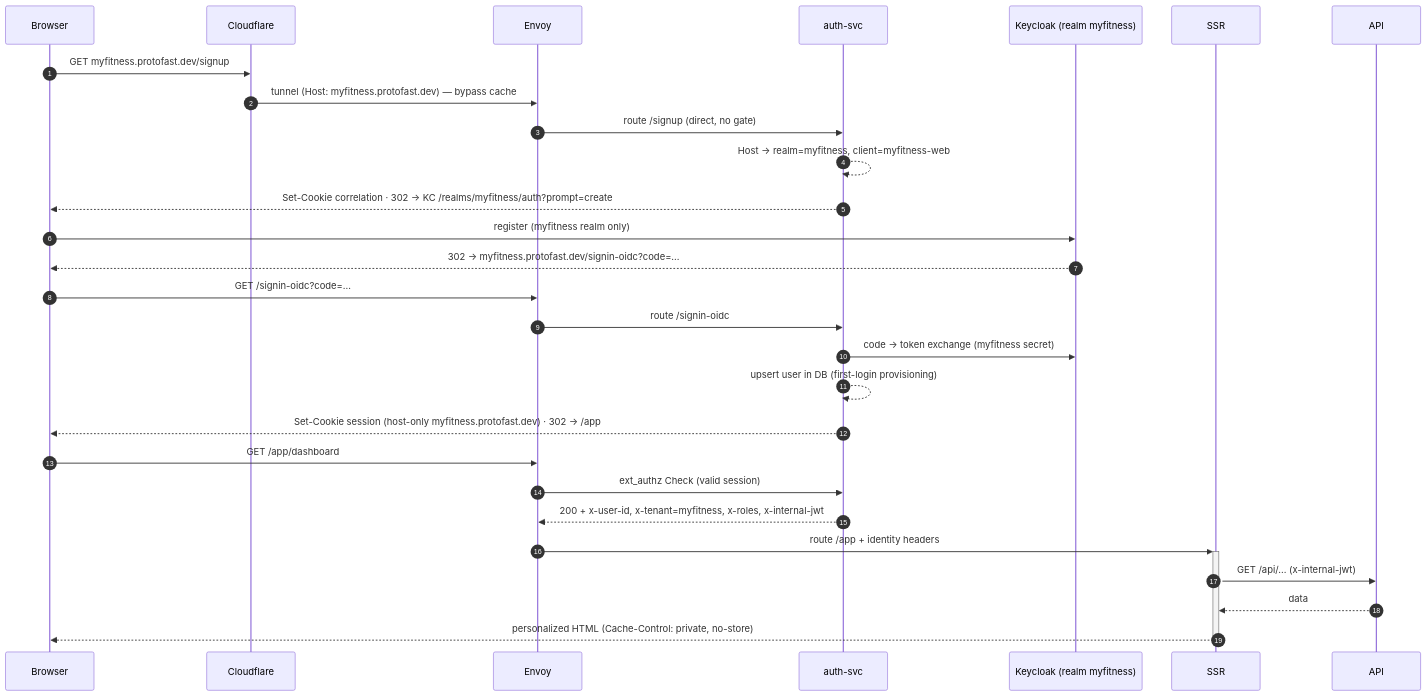
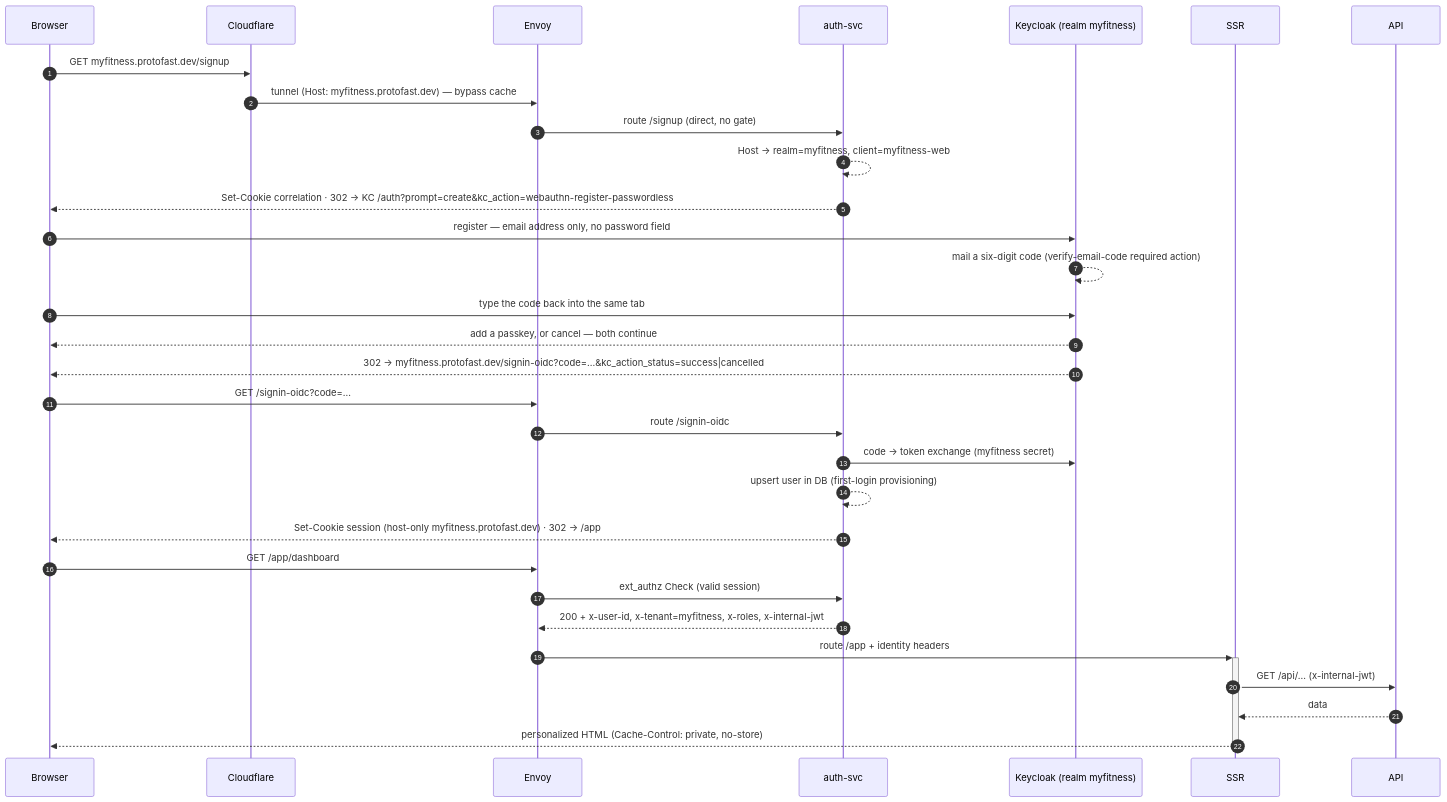
One commit to duncan-G/ProtoFast changed the fourth of 5 diagrams in docs/auth-architecture.md. Above: the diagram before and after it, drawn with Mermaid. The commit also changed other lines of this file and 80 other files, not shown here.

````diff
--- a/docs/auth-architecture.md
+++ b/docs/auth-architecture.md
@@ -147,29 +177,32 @@
 ```mermaid
 sequenceDiagram
     autonumber
     participant B as Browser
     participant CF as Cloudflare
     participant E as Envoy
     participant A as auth-svc
     participant KC as Keycloak (realm myfitness)
 
     B->>CF: GET myfitness.protofast.dev/signup
     CF->>E: tunnel (Host: myfitness.protofast.dev) — bypass cache
     E->>A: route /signup (direct, no gate)
     A-->>A: Host → realm=myfitness, client=myfitness-web
-    A-->>B: Set-Cookie correlation · 302 → KC /realms/myfitness/auth?prompt=create
-    B->>KC: register (myfitness realm only)
-    KC-->>B: 302 → myfitness.protofast.dev/signin-oidc?code=...
+    A-->>B: Set-Cookie correlation · 302 → KC /auth?prompt=create&kc_action=webauthn-register-passwordless
+    B->>KC: register — email address only, no password field
+    KC-->>KC: mail a six-digit code (verify-email-code required action)
+    B->>KC: type the code back into the same tab
+    KC-->>B: add a passkey, or cancel — both continue
+    KC-->>B: 302 → myfitness.protofast.dev/signin-oidc?code=...&kc_action_status=success|cancelled
     B->>E: GET /signin-oidc?code=...
     E->>A: route /signin-oidc
     A->>KC: code → token exchange (myfitness secret)
     A-->>A: upsert user in DB (first-login provisioning)
     A-->>B: Set-Cookie session (host-only myfitness.protofast.dev) · 302 → /app
     B->>E: GET /app/dashboard
     E->>A: ext_authz Check (valid session)
     A-->>E: 200 + x-user-id, x-tenant=myfitness, x-roles, x-internal-jwt
     E->>+SSR: route /app + identity headers
     SSR->>API: GET /api/... (x-internal-jwt)
     API-->>SSR: data
     SSR-->>-B: personalized HTML (Cache-Control: private, no-store)
 ```
````
